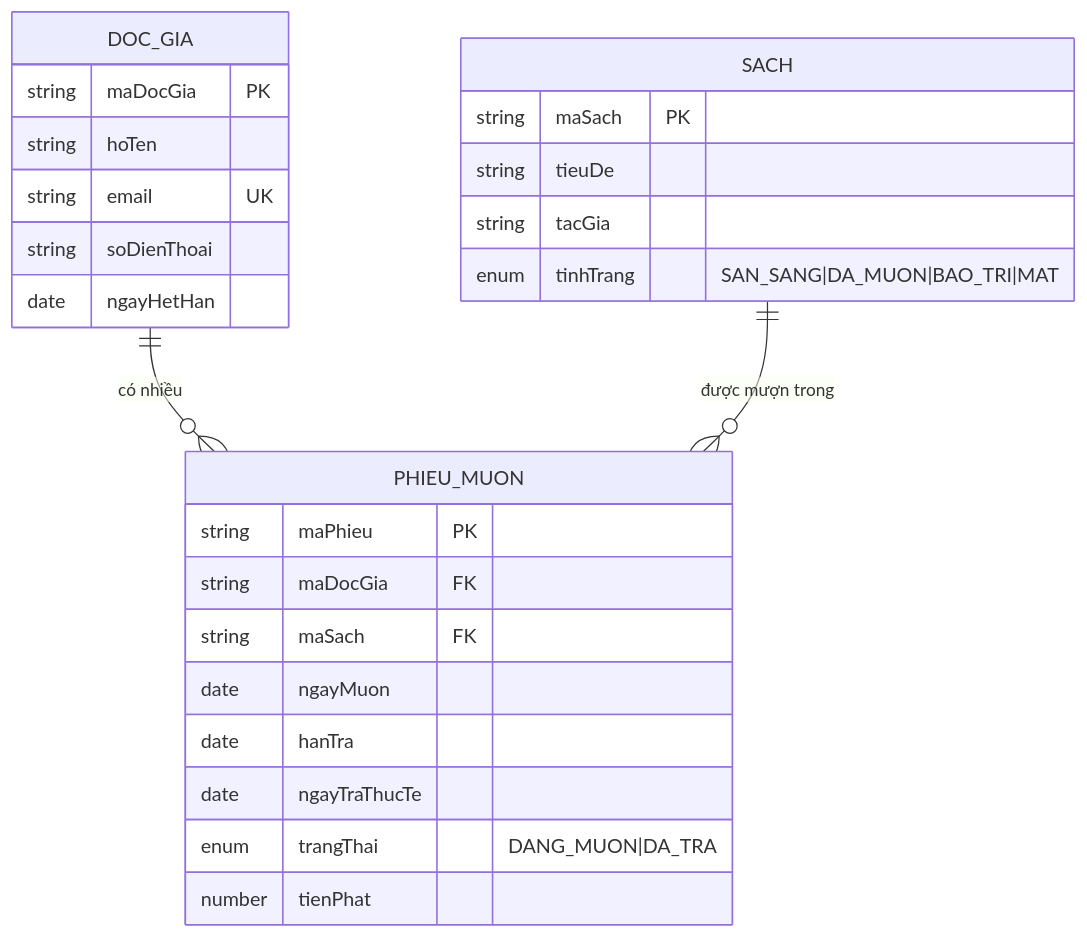
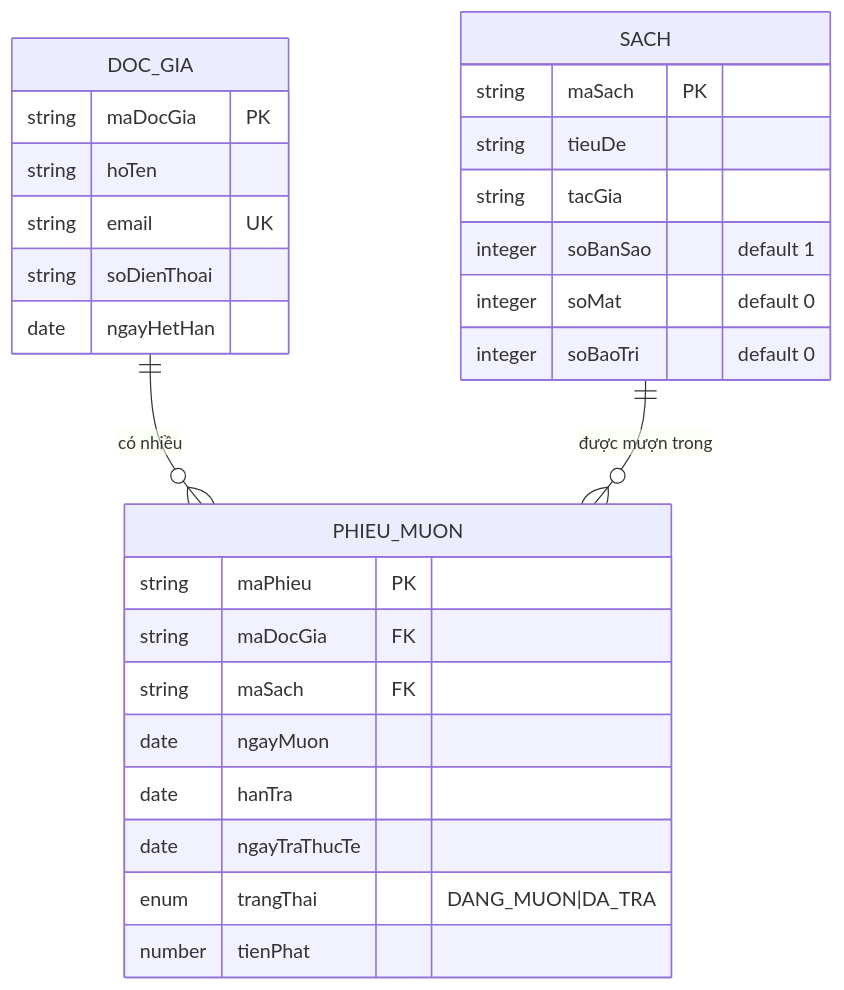
Before and after one commit to NPhamDoan/FULL_QLThuVien: diagram 15 of 15 in .kiro/document/BaoCao_3UC_Mermaid.md, drawn with Mermaid. The commit also changed other lines of this file and 37 other files, not shown here.

````diff
--- a/.kiro/document/BaoCao_3UC_Mermaid.md
+++ b/.kiro/document/BaoCao_3UC_Mermaid.md
@@ -414,28 +425,30 @@
 ```mermaid
 erDiagram
     DOC_GIA ||--o{ PHIEU_MUON : "có nhiều"
     SACH ||--o{ PHIEU_MUON : "được mượn trong"
     DOC_GIA {
         string maDocGia PK
         string hoTen
         string email UK
         string soDienThoai
         date ngayHetHan
     }
     SACH {
         string maSach PK
         string tieuDe
         string tacGia
-        enum tinhTrang "SAN_SANG|DA_MUON|BAO_TRI|MAT"
+        integer soBanSao "default 1"
+        integer soMat "default 0"
+        integer soBaoTri "default 0"
     }
     PHIEU_MUON {
         string maPhieu PK
         string maDocGia FK
         string maSach FK
         date ngayMuon
         date hanTra
         date ngayTraThucTe
         enum trangThai "DANG_MUON|DA_TRA"
         number tienPhat
     }
 ```
````
